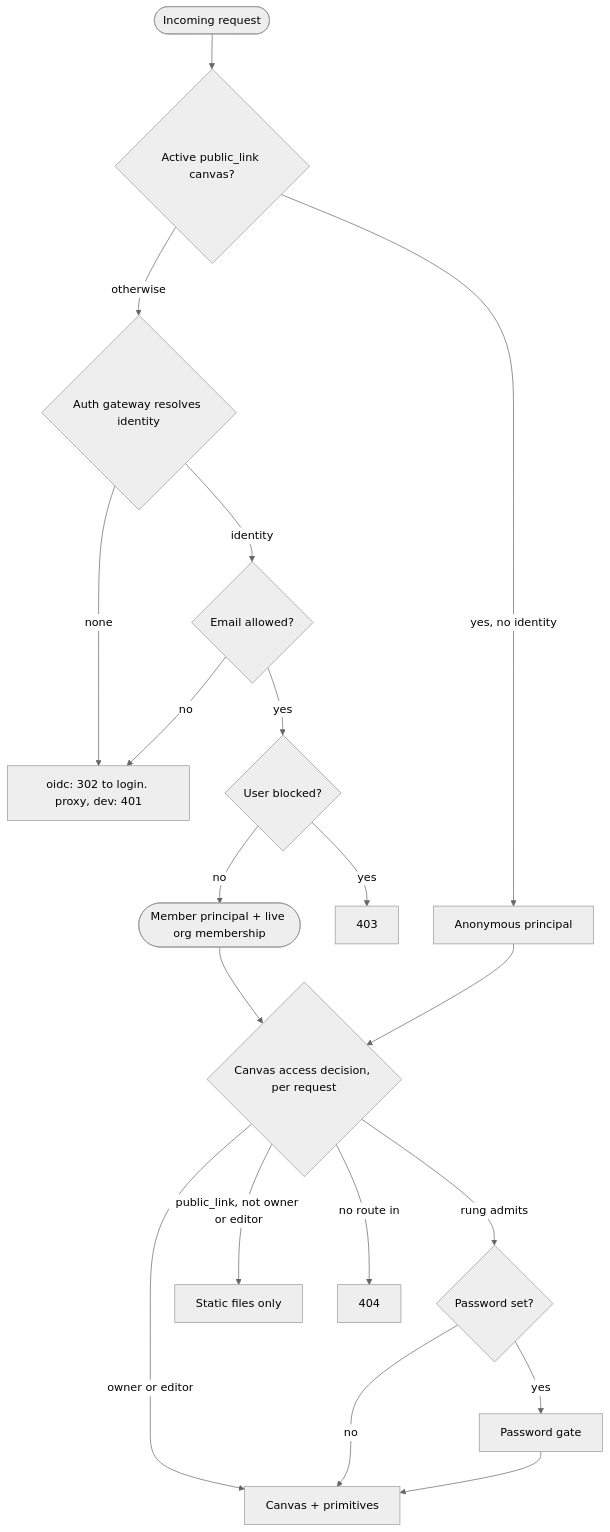
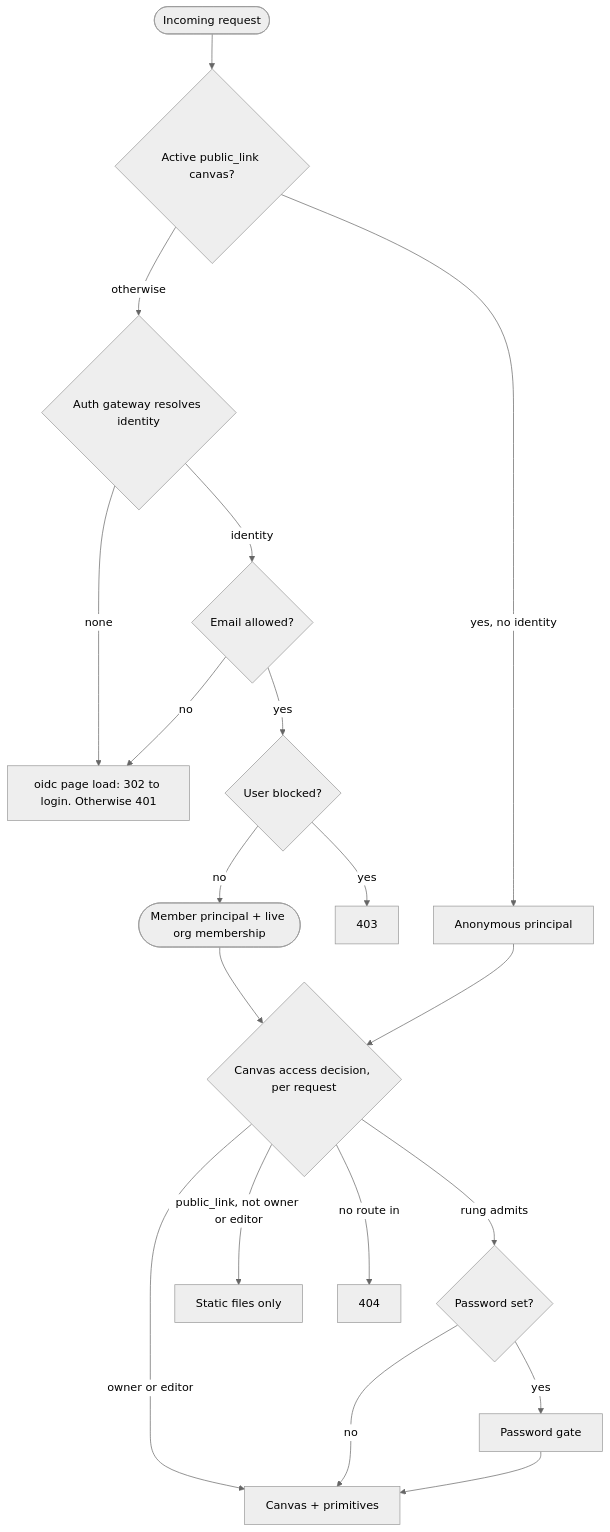
The diagram in docs/site/self-hosting/security-model.md (markpasternak/canvas-drop), drawn with Mermaid (neutral theme) before and after one commit. The commit also changed other lines of this file and 30 other files, not shown here.

````diff
--- a/docs/site/self-hosting/security-model.md
+++ b/docs/site/self-hosting/security-model.md
@@ -72,20 +72,20 @@
 ```mermaid
 flowchart TD
     Req([Incoming request]) --> Carve{Active public_link canvas?}
     Carve -->|yes, no identity| Anon[Anonymous principal]
     Carve -->|otherwise| Gate{Auth gateway resolves identity}
-    Gate -->|none| Unauth["oidc: 302 to login. proxy, dev: 401"]
+    Gate -->|none| Unauth["oidc page load: 302 to login. Otherwise 401"]
     Gate -->|identity| Allow{Email allowed?}
     Allow -->|no| Unauth
     Allow -->|yes| Blocked{User blocked?}
     Blocked -->|yes| Forbidden[403]
     Blocked -->|no| Member([Member principal + live org membership])
     Member --> Access{Canvas access decision, per request}
     Anon --> Access
     Access -->|owner or editor| Full[Canvas + primitives]
     Access -->|rung admits| PwGate{Password set?}
     PwGate -->|no| Full
     PwGate -->|yes| Gate2[Password gate] --> Full
     Access -->|public_link, not owner or editor| Static[Static files only]
     Access -->|no route in| NotFound[404]
 ```
````
